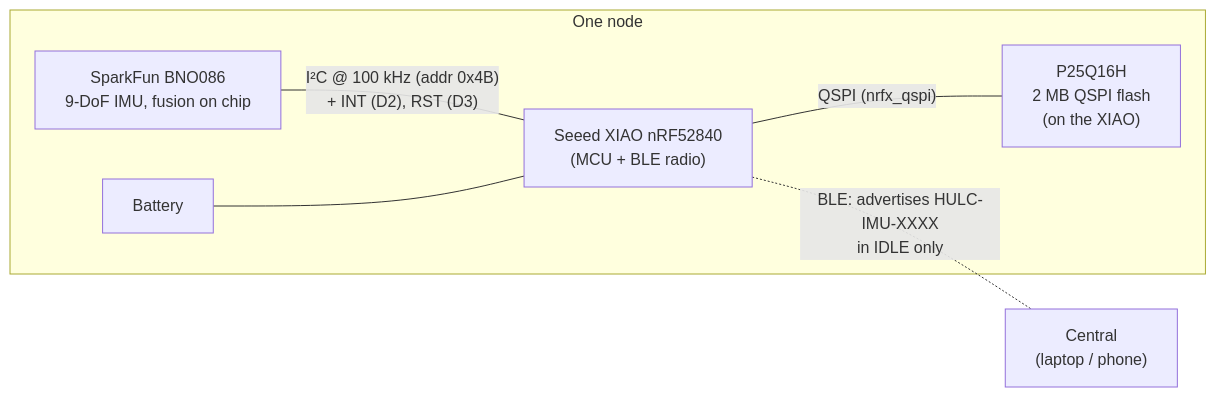
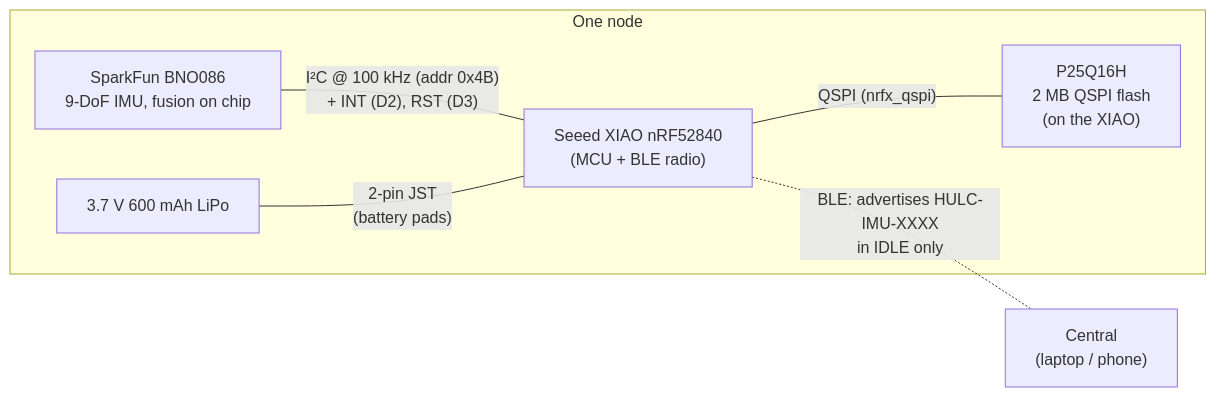
One commit to Jamie215/HULC_motionshirt changed the first of 3 diagrams in docs/WEARABLE.md. Above: the diagram before and after it, drawn with Mermaid. The commit also changed other lines of this file and 17 other files, not shown here.

````diff
--- a/docs/WEARABLE.md
+++ b/docs/WEARABLE.md
@@ -35,13 +37,13 @@
 ```mermaid
 flowchart LR
     subgraph NODE["One node"]
-        BAT["Battery"]
+        BAT["3.7 V 600 mAh LiPo"]
         MCU["Seeed XIAO nRF52840<br/>(MCU + BLE radio)"]
         IMU["SparkFun BNO086<br/>9-DoF IMU, fusion on chip"]
         FL["P25Q16H<br/>2 MB QSPI flash<br/>(on the XIAO)"]
     end
     IMU -- "I²C @ 100 kHz (addr 0x4B)<br/>+ INT (D2), RST (D3)" --- MCU
     MCU -- "QSPI (nrfx_qspi)" --- FL
-    BAT --- MCU
+    BAT -- "2-pin JST<br/>(battery pads)" --- MCU
     MCU -. "BLE: advertises HULC-IMU-XXXX<br/>in IDLE only" .- C["Central<br/>(laptop / phone)"]
 ```
````
